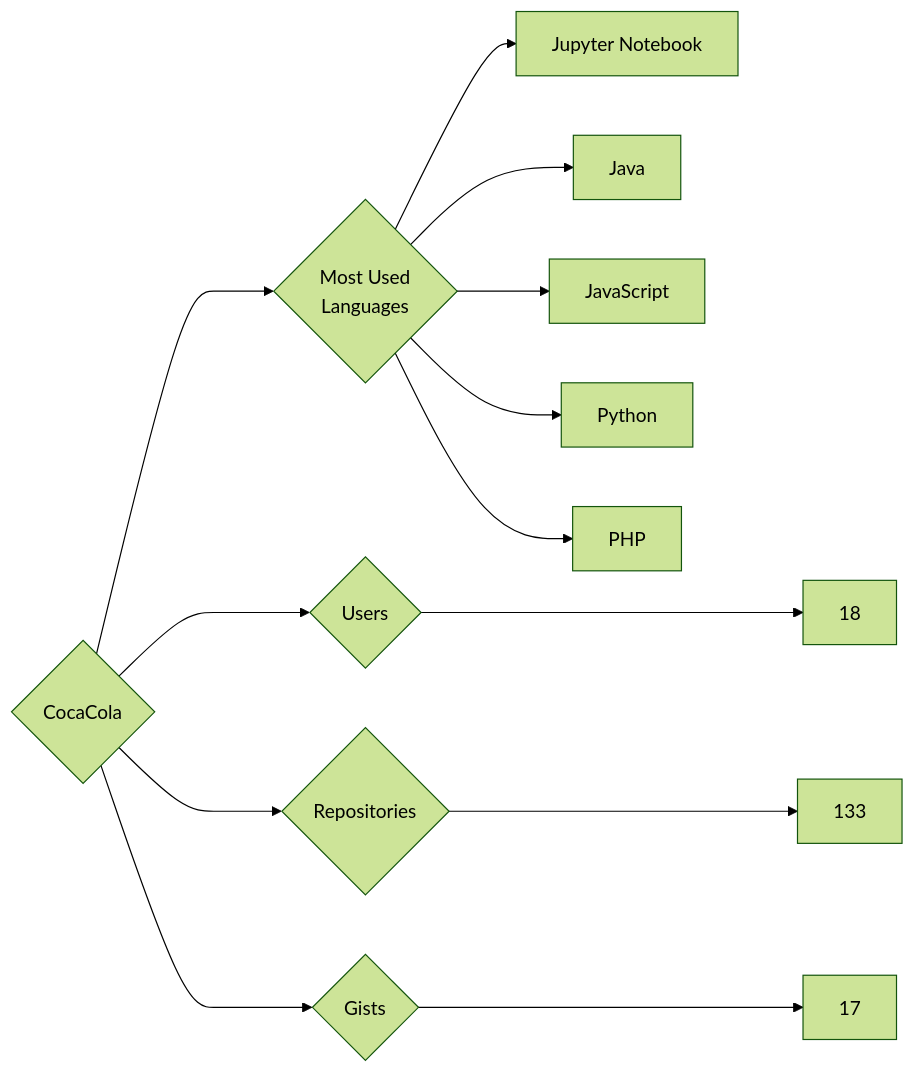
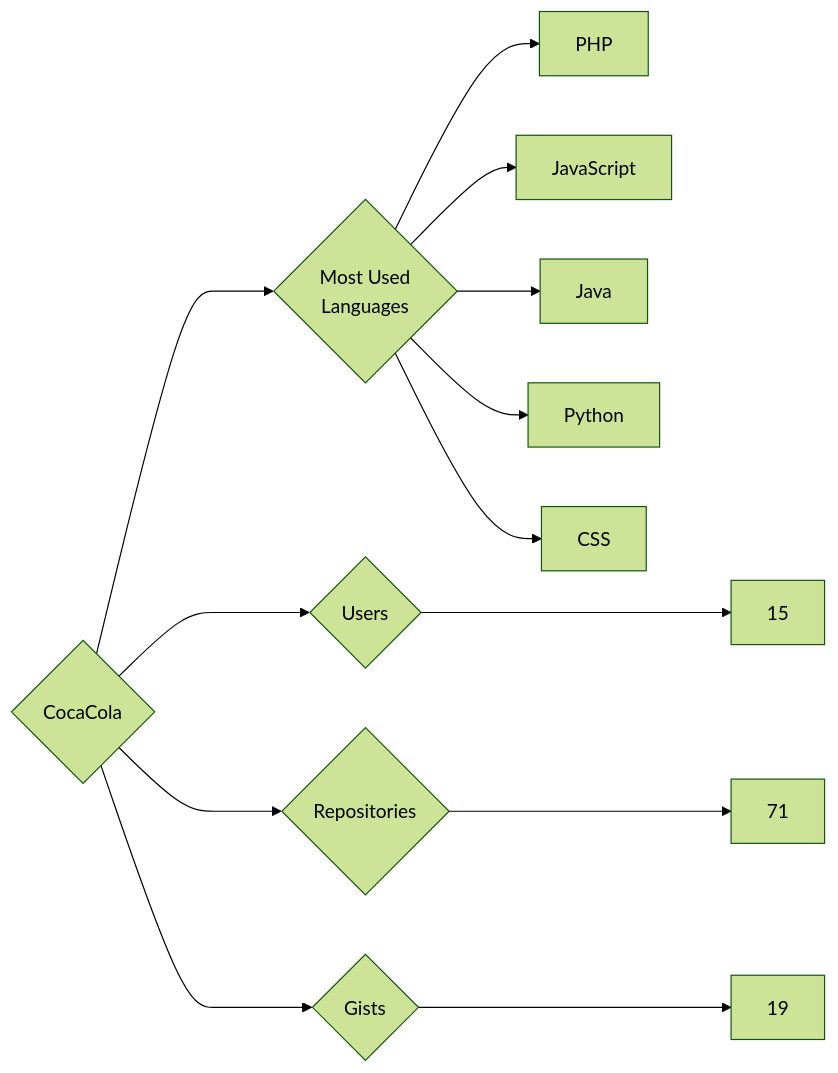
The diagram in targets/CocaCola/README.md (trickest/insiders), drawn with Mermaid (forest theme) before and after one commit. The commit also changed 932 other files, not shown here.

````diff
--- a/targets/CocaCola/README.md
+++ b/targets/CocaCola/README.md
@@ -3,13 +3,13 @@
 ```mermaid
 graph LR
 COMPANY_NAME{CocaCola}
-COMPANY_NAME ---> U{Users} ---> UN[18]
-COMPANY_NAME ---> R{Repositories} ---> RN[133]
-COMPANY_NAME ---> G{Gists} ---> GN[17]
+COMPANY_NAME ---> U{Users} ---> UN[15]
+COMPANY_NAME ---> R{Repositories} ---> RN[71]
+COMPANY_NAME ---> G{Gists} ---> GN[19]
 COMPANY_NAME ---> ML{Most Used<br>Languages}
-ML --> Jupyter_Notebook[Jupyter Notebook]
+ML --> PHP[PHP]
+ML --> JavaScript[JavaScript]
 ML --> Java[Java]
-ML --> JavaScript[JavaScript]
 ML --> Python[Python]
-ML --> PHP[PHP]
+ML --> CSS[CSS]
 ```
````
